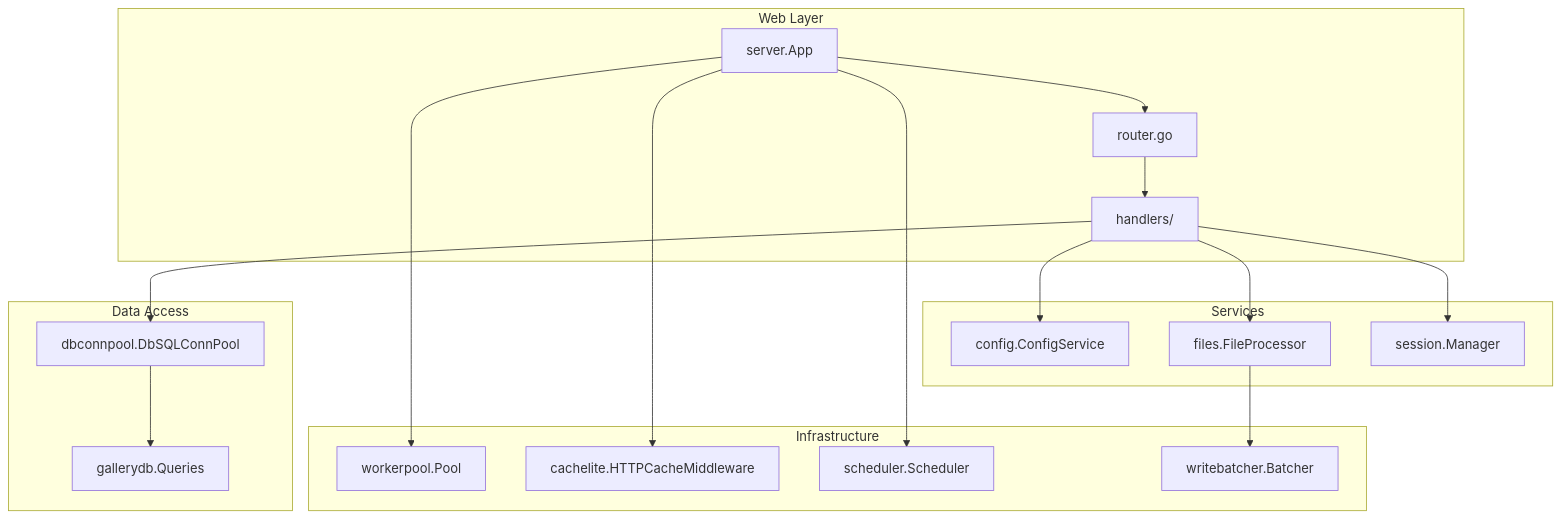
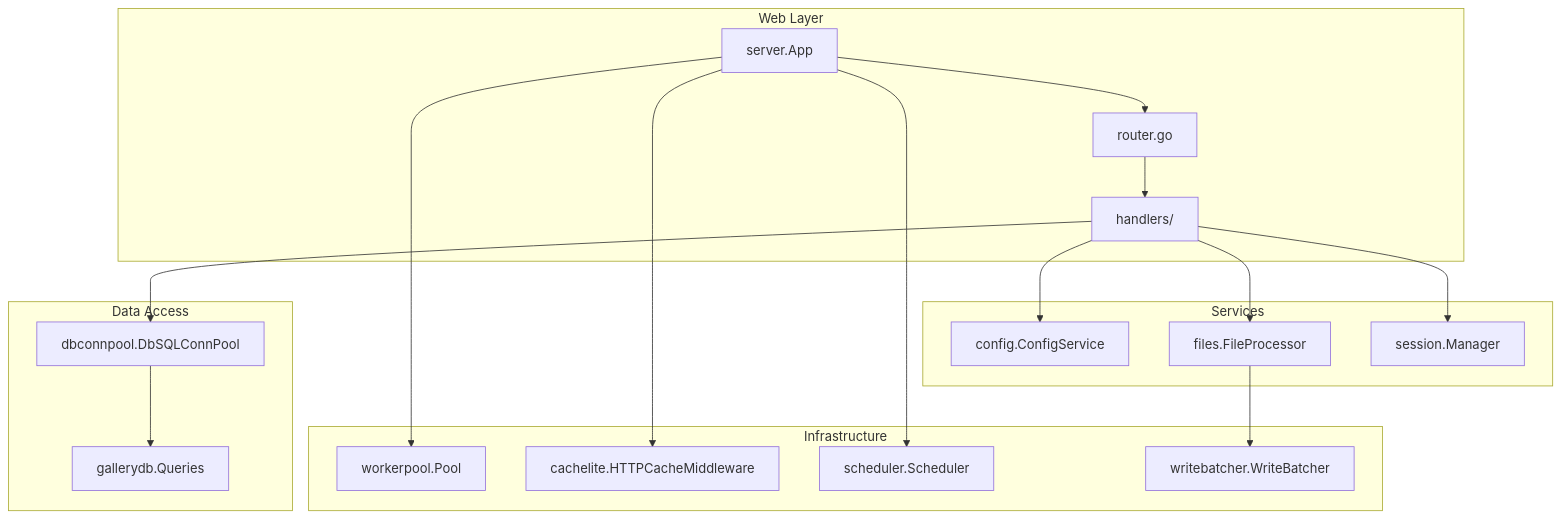
Before and after one commit to lbe/sfpg-go: the third of 21 diagrams in docs/ARCHITECTURE.md, drawn with Mermaid. The commit also changed other lines of this file and 80 other files, not shown here.

````diff
--- a/docs/ARCHITECTURE.md
+++ b/docs/ARCHITECTURE.md
@@ -180,40 +194,40 @@
 ```mermaid
 graph TB
     subgraph "Web Layer"
         Server[server.App]
         Router[router.go]
         Handlers[handlers/]
     end
 
     subgraph "Services"
         ConfigSvc[config.ConfigService]
         FileProc[files.FileProcessor]
         SessionMgr[session.Manager]
     end
 
     subgraph "Infrastructure"
         WorkerPool[workerpool.Pool]
         CacheMW[cachelite.HTTPCacheMiddleware]
         Scheduler[scheduler.Scheduler]
-        WriteBatcher[writebatcher.Batcher]
+        WriteBatcher[writebatcher.WriteBatcher]
     end
 
     subgraph "Data Access"
         DBConn[dbconnpool.DbSQLConnPool]
         Queries[gallerydb.Queries]
     end
 
     Server --> Router
     Router --> Handlers
     Handlers --> ConfigSvc
     Handlers --> FileProc
     Handlers --> SessionMgr
 
     Server --> WorkerPool
     Server --> CacheMW
     Server --> Scheduler
     FileProc --> WriteBatcher
 
     Handlers --> DBConn
     DBConn --> Queries
 ```
````
